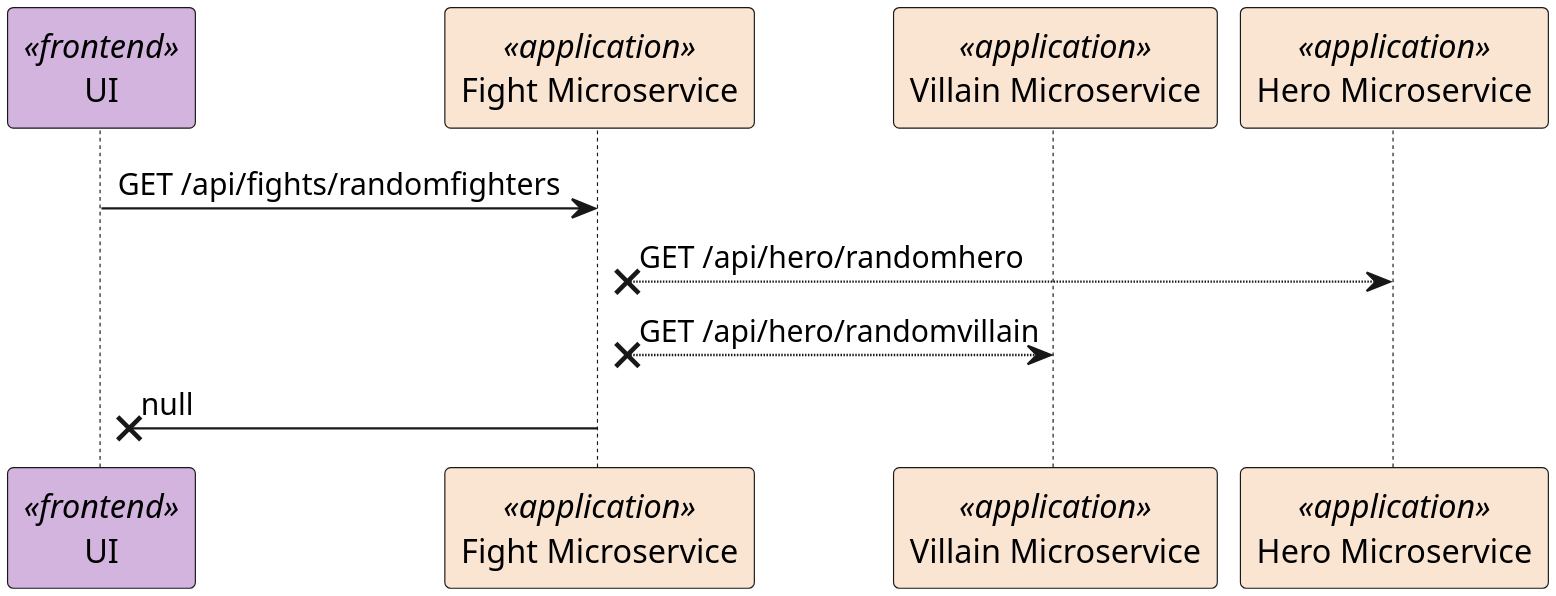
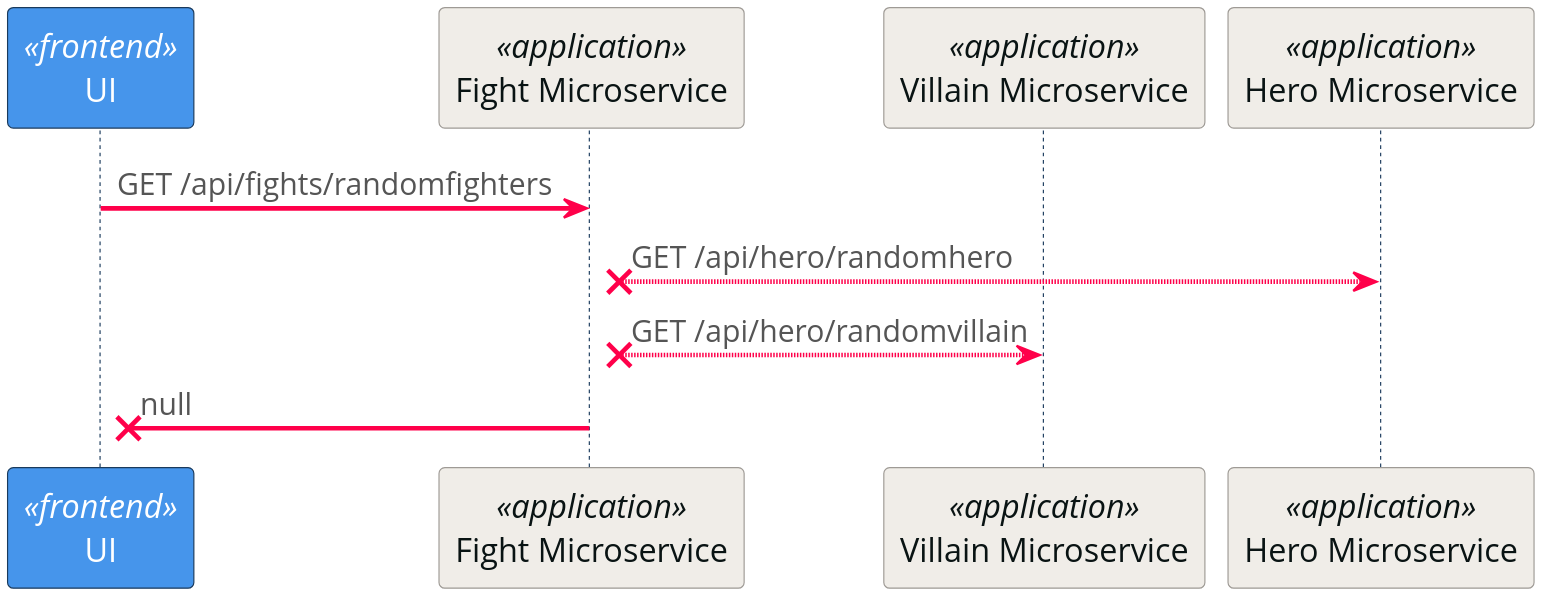
The diagram in quarkus-workshop-super-heroes/docs/src/docs/asciidoc/plantuml/4-microservices-fights-sequence.puml (quarkusio/quarkus-workshops), drawn with PlantUML before and after one commit. The commit also changed 12 other files, not shown here.

First line of the commit message:
Restyle PlantUML diagrams to match Quarkus brand

```diff
--- a/quarkus-workshop-super-heroes/docs/src/docs/asciidoc/plantuml/4-microservices-fights-sequence.puml
+++ b/quarkus-workshop-super-heroes/docs/src/docs/asciidoc/plantuml/4-microservices-fights-sequence.puml
@@ -1,18 +1,39 @@
 @startuml
 skinparam dpi 300
+skinparam defaultFontName "Open Sans"
+skinparam defaultFontColor #091313
 
 skinparam participant {
-    backgroundColor<<frontend>> #D2B4DE
-    backgroundColor<<application>> #FAE5D3
+    backgroundColor<<frontend>> #4695EB
+    fontColor<<frontend>> #FFFFFF
+    borderColor<<frontend>> #1A3A5C
+    backgroundColor<<application>> #F0EDE8
+    fontColor<<application>> #091313
+    borderColor<<application>> #9E9A95
+}
+
+skinparam arrow {
+    fontName "Open Sans"
+    color #FF004A
+    fontColor #555555
+    thickness 2
+    fontSize 13
+}
+
+skinparam sequence {
+    lifeLineBorderColor #1A3A5C
+    lifeLineBackgroundColor #EBF3FD
+    activationBackgroundColor #D6E6FA
+    activationBorderColor #1A3A5C
 }
 
 participant UI as UI <<frontend>>
 participant "Fight Microservice" as Fight <<application>>
 participant "Villain Microservice" as Villain <<application>>
 participant "Hero Microservice" as Hero <<application>>
 
 UI -> Fight: GET /api/fights/randomfighters
 Fight x--> Hero: GET /api/hero/randomhero
 Fight x--> Villain: GET /api/hero/randomvillain
 Fight ->x UI : null
 @enduml
```
